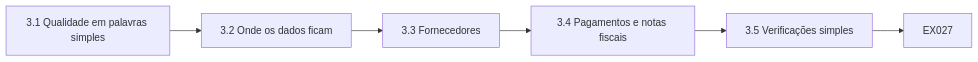
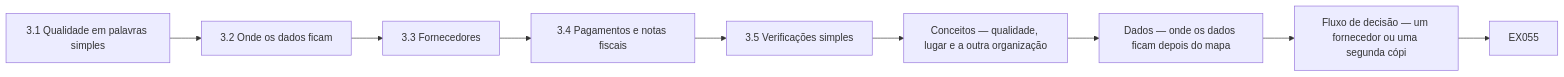
The eighth of 12 diagrams in levels/rapid-1-month/data-governance/pt/book/MANUSCRIPT.md (hiagokinlevi/CyKin), drawn with Mermaid before and after one commit. The commit also changed other lines of this file and 1 other file, not shown here.

````diff
--- a/levels/rapid-1-month/data-governance/pt/book/MANUSCRIPT.md
+++ b/levels/rapid-1-month/data-governance/pt/book/MANUSCRIPT.md
@@ -283,9 +418,12 @@
 ```mermaid
 flowchart LR
   N0["3.1 Qualidade em palavras simples"]
   N1["3.2 Onde os dados ficam"]
   N2["3.3 Fornecedores"]
   N3["3.4 Pagamentos e notas fiscais"]
   N4["3.5 Verificações simples"]
-  N0 --> N1 --> N2 --> N3 --> N4 --> Q["EX027"]
+  N5["Conceitos — qualidade, lugar e a outra organização"]
+  N6["Dados — onde os dados ficam depois do mapa"]
+  N7["Fluxo de decisão — um fornecedor ou uma segunda cópi"]
+  N0 --> N1 --> N2 --> N3 --> N4 --> N5 --> N6 --> N7 --> Q["EX055"]
 ```
````
